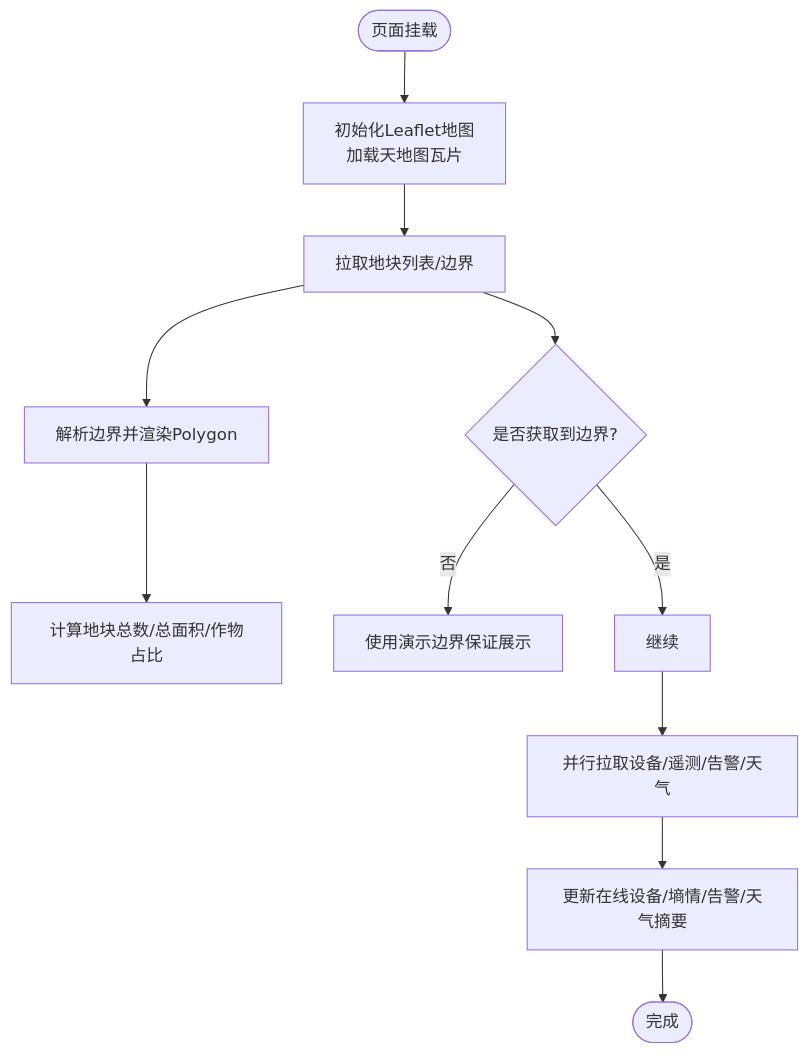
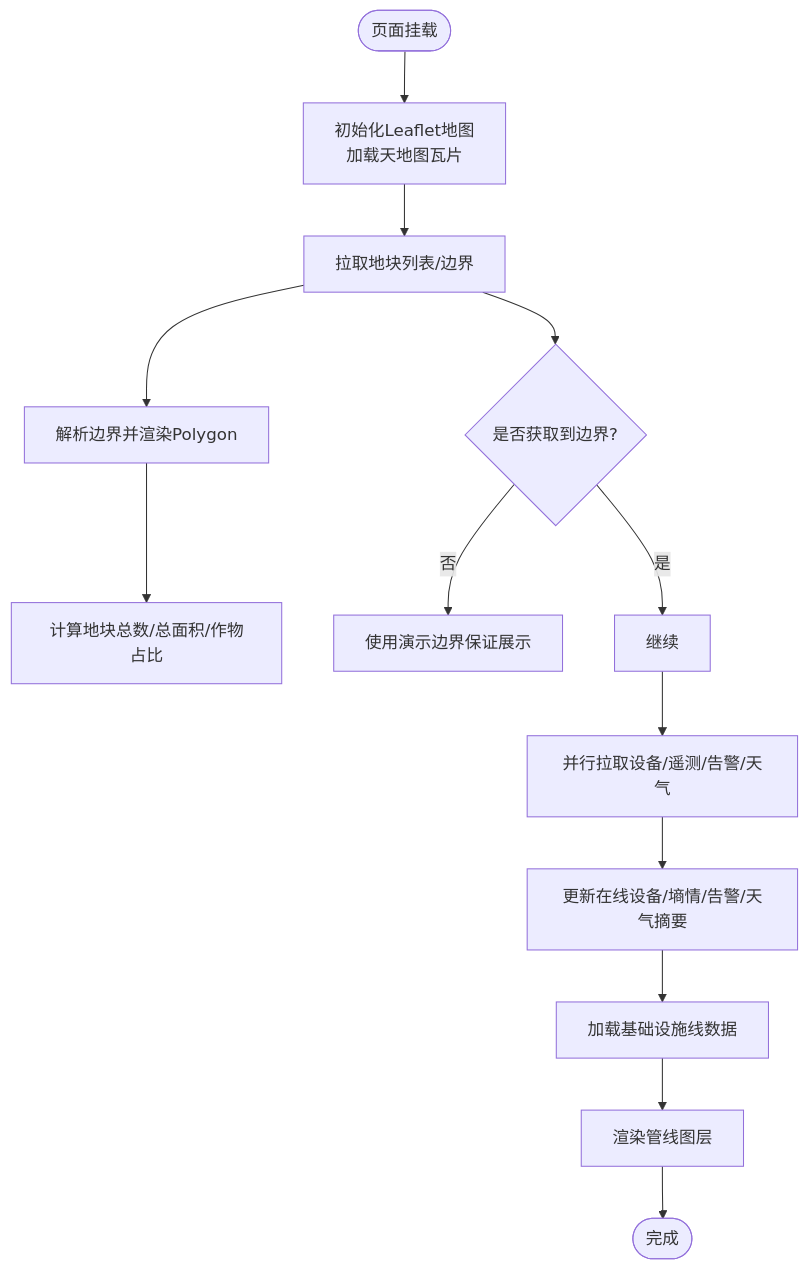
The third of 8 diagrams in .qoder/repowiki/zh/content/前端应用文档/前端应用文档.md (q446328246/agri-platform), drawn with Mermaid before and after one commit. The commit also changed other lines of this file and 15 other files, not shown here.

````diff
--- a/.qoder/repowiki/zh/content/前端应用文档/前端应用文档.md
+++ b/.qoder/repowiki/zh/content/前端应用文档/前端应用文档.md
@@ -236,13 +255,15 @@
 ```mermaid
 flowchart TD
 Start(["页面挂载"]) --> InitMap["初始化Leaflet地图<br/>加载天地图瓦片"]
 InitMap --> LoadPlots["拉取地块列表/边界"]
 LoadPlots --> ParseBoundaries["解析边界并渲染Polygon"]
 ParseBoundaries --> ApplyStats["计算地块总数/总面积/作物占比"]
 LoadPlots --> Fallback{"是否获取到边界?"}
 Fallback --> |否| DemoBounds["使用演示边界保证展示"]
 Fallback --> |是| Continue["继续"]
 Continue --> LoadSensing["并行拉取设备/遥测/告警/天气"]
 LoadSensing --> UpdateMetrics["更新在线设备/墒情/告警/天气摘要"]
-UpdateMetrics --> End(["完成"])
+UpdateMetrics --> LoadInfraLines["加载基础设施线数据"]
+LoadInfraLines --> RenderLines["渲染管线图层"]
+RenderLines --> End(["完成"])
 ```
````
